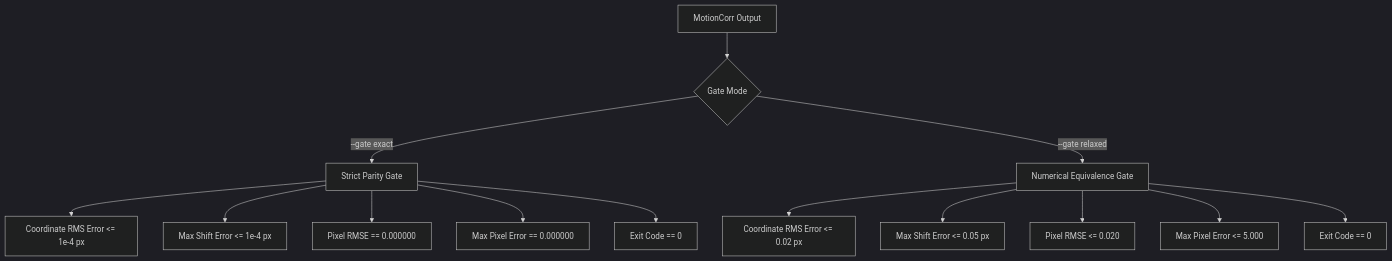
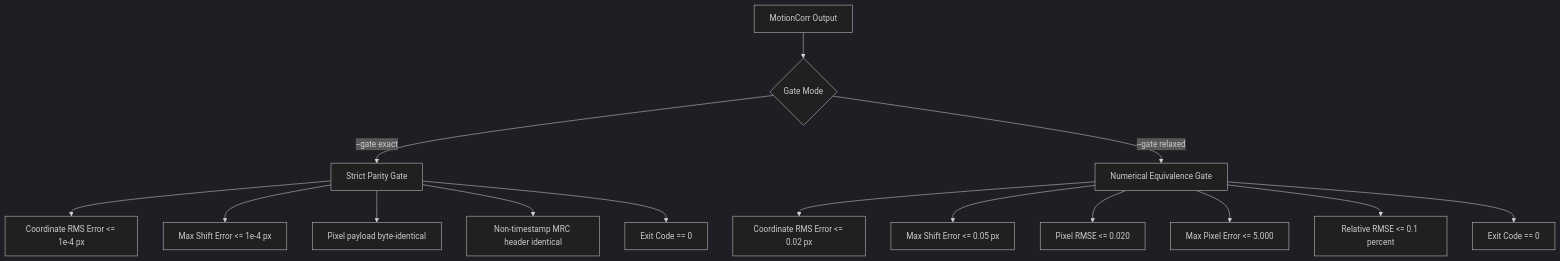
Before and after one commit to KingAlejandro/MotionCorr-standalone: the diagram in docs/reference_gates.md, drawn with Mermaid (dark theme). The commit also changed other lines of this file and 5 other files, not shown here.

````diff
--- a/docs/reference_gates.md
+++ b/docs/reference_gates.md
@@ -95,18 +95,19 @@
 ```mermaid
 graph TD
     A[MotionCorr Output] --> B{Gate Mode}
     B -->|--gate exact| C[Strict Parity Gate]
     B -->|--gate relaxed| D[Numerical Equivalence Gate]
     
     C --> C1[Coordinate RMS Error <= 1e-4 px]
     C --> C2[Max Shift Error <= 1e-4 px]
-    C --> C3[Pixel RMSE == 0.000000]
-    C --> C4[Max Pixel Error == 0.000000]
+    C --> C3[Pixel payload byte-identical]
+    C --> C4[Non-timestamp MRC header identical]
     C --> C5[Exit Code == 0]
     
     D --> D1[Coordinate RMS Error <= 0.02 px]
     D --> D2[Max Shift Error <= 0.05 px]
     D --> D3[Pixel RMSE <= 0.020]
     D --> D4[Max Pixel Error <= 5.000]
-    D --> D5[Exit Code == 0]
+    D --> D5[Relative RMSE <= 0.1 percent]
+    D --> D6[Exit Code == 0]
 ```
````
